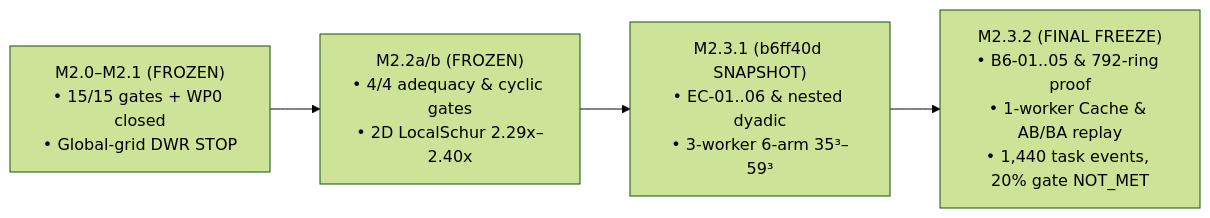
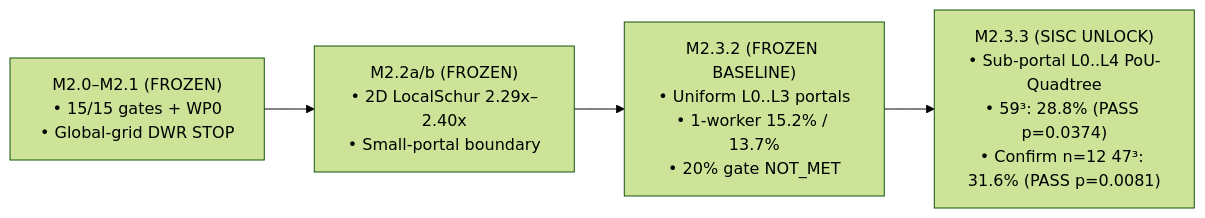
Before and after one commit to erzhu419/Auditable-Coarse-to-Fine-Quotient-Planning: the diagram in green_response/NEXT_PHASE_RESEARCH_ROADMAP.md, drawn with Mermaid (forest theme). The commit also changed other lines of this file and 15 other files, not shown here.

Commit message:
feat(quotient-phase2): unlock M2.3.3 SISC sub-portal PoU-quadtree, n=12 untouched confirmation, and full manuscript draft

````diff
--- a/green_response/NEXT_PHASE_RESEARCH_ROADMAP.md
+++ b/green_response/NEXT_PHASE_RESEARCH_ROADMAP.md
@@ -19,6 +10,6 @@
 ```mermaid
 flowchart LR
-    M20["M2.0–M2.1 (FROZEN)\n• 15/15 gates + WP0 closed\n• Global-grid DWR STOP"] --> M22["M2.2a/b (FROZEN)\n• 4/4 adequacy & cyclic gates\n• 2D LocalSchur 2.29x–2.40x"]
-    M22 --> M231["M2.3.1 (b6ff40d SNAPSHOT)\n• EC-01..06 & nested dyadic\n• 3-worker 6-arm 35³–59³"]
-    M231 --> M232["M2.3.2 (FINAL FREEZE)\n• B6-01..05 & 792-ring proof\n• 1-worker Cache & AB/BA replay\n• 1,440 task events, 20% gate NOT_MET"]
+    M20["M2.0–M2.1 (FROZEN)\n• 15/15 gates + WP0\n• Global-grid DWR STOP"] --> M22["M2.2a/b (FROZEN)\n• 2D LocalSchur 2.29x–2.40x\n• Small-portal boundary"]
+    M22 --> M232["M2.3.2 (FROZEN BASELINE)\n• Uniform L0..L3 portals\n• 1-worker 15.2% / 13.7%\n• 20% gate NOT_MET"]
+    M232 --> M233["M2.3.3 (SISC UNLOCK)\n• Sub-portal L0..L4 PoU-Quadtree\n• 59³: 28.8% (PASS p=0.0374)\n• Confirm n=12 47³: 31.6% (PASS p=0.0081)"]
 ```
````
